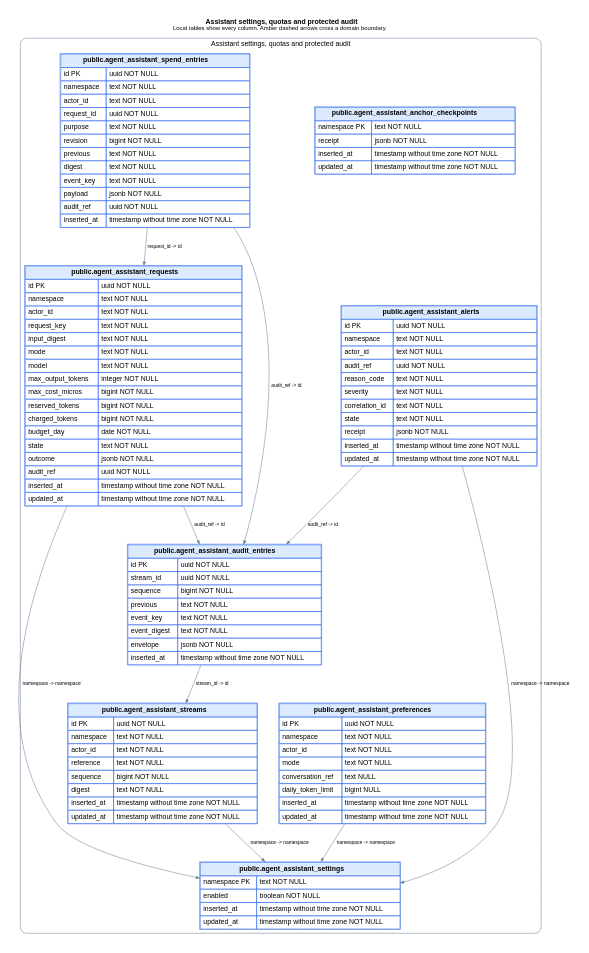
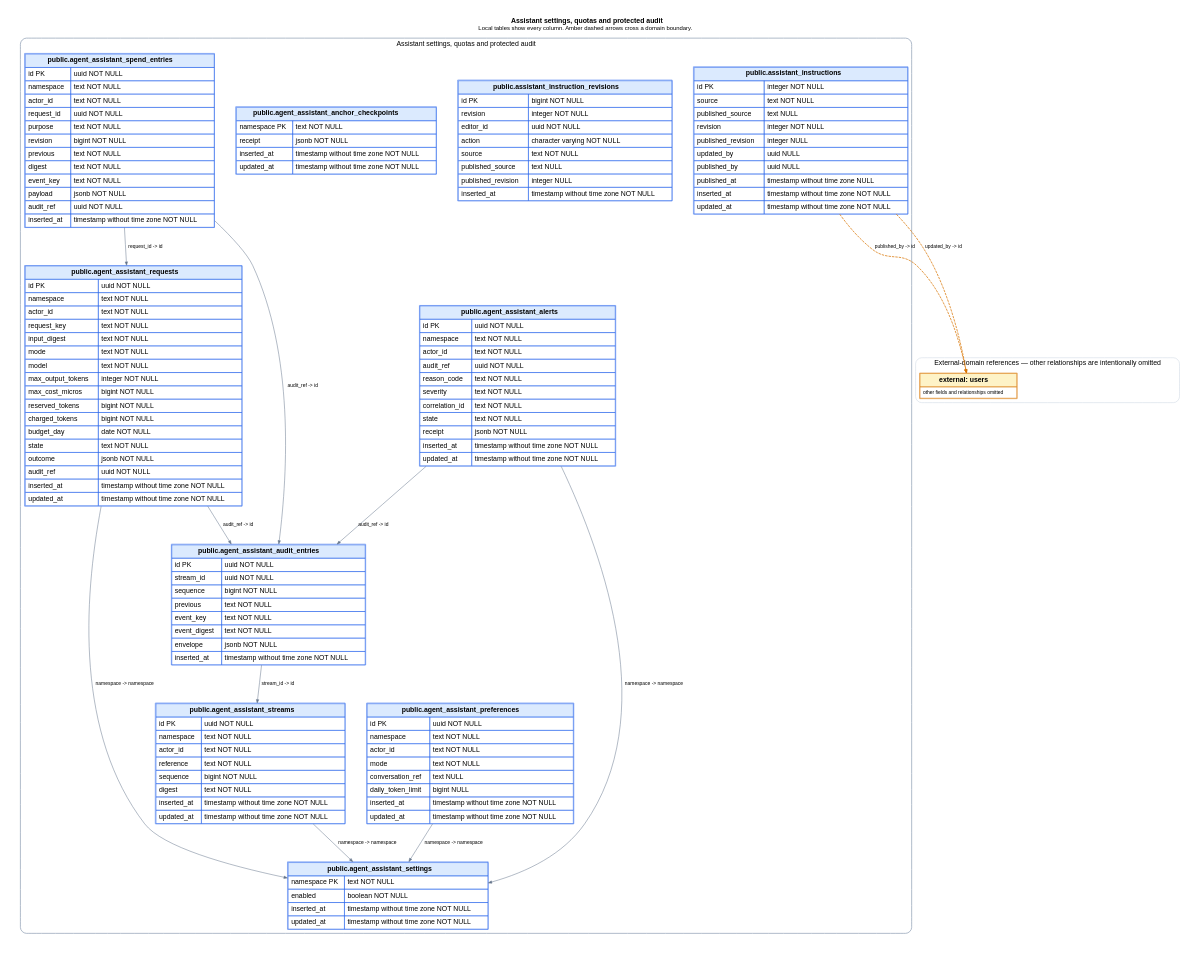
Before and after one commit to ogourment/pauseai.ca-website: the diagram in docs/schema/domains/agent_assistant.dot, drawn with Graphviz. The commit also changed 25 other files, not shown here.

Commit message:
Enforce pilot spending and private revisioned assistant instructions

```diff
--- a/docs/schema/domains/agent_assistant.dot
+++ b/docs/schema/domains/agent_assistant.dot
@@ -1,88 +1,110 @@
 digraph agent_assistant {
   graph [rankdir=TB, bgcolor="white", pad=0.35, nodesep=0.6, ranksep=0.9, fontname="Helvetica"];
   node [shape=plain, fontname="Helvetica"];
   edge [fontname="Helvetica", fontsize=10, arrowsize=0.7];
   labelloc="t";
   label=< <B>Assistant settings, quotas and protected audit</B><BR/><FONT POINT-SIZE="12">Local tables show every column. Amber dashed arrows cross a domain boundary.</FONT> >;
 
   subgraph cluster_local {
     label="Assistant settings, quotas and protected audit";
     color="#94a3b8";
     penwidth=1.5;
     style="rounded";
+  "assistant_instructions" [label=<
+    <TABLE BORDER="1" CELLBORDER="1" CELLSPACING="0" CELLPADDING="5" COLOR="#2563eb">
+      <TR><TD BGCOLOR="#dbeafe" COLSPAN="2"><B>public.assistant_instructions</B></TD></TR>
+      <TR><TD ALIGN="LEFT">id PK</TD><TD ALIGN="LEFT">integer NOT NULL</TD></TR><TR><TD ALIGN="LEFT">source</TD><TD ALIGN="LEFT">text NOT NULL</TD></TR><TR><TD ALIGN="LEFT">published_source</TD><TD ALIGN="LEFT">text NULL</TD></TR><TR><TD ALIGN="LEFT">revision</TD><TD ALIGN="LEFT">integer NOT NULL</TD></TR><TR><TD ALIGN="LEFT">published_revision</TD><TD ALIGN="LEFT">integer NULL</TD></TR><TR><TD ALIGN="LEFT">updated_by</TD><TD ALIGN="LEFT">uuid NULL</TD></TR><TR><TD ALIGN="LEFT">published_by</TD><TD ALIGN="LEFT">uuid NULL</TD></TR><TR><TD ALIGN="LEFT">published_at</TD><TD ALIGN="LEFT">timestamp without time zone NULL</TD></TR><TR><TD ALIGN="LEFT">inserted_at</TD><TD ALIGN="LEFT">timestamp without time zone NOT NULL</TD></TR><TR><TD ALIGN="LEFT">updated_at</TD><TD ALIGN="LEFT">timestamp without time zone NOT NULL</TD></TR>
+    </TABLE>
+  >];
+
+  "assistant_instruction_revisions" [label=<
+    <TABLE BORDER="1" CELLBORDER="1" CELLSPACING="0" CELLPADDING="5" COLOR="#2563eb">
+      <TR><TD BGCOLOR="#dbeafe" COLSPAN="2"><B>public.assistant_instruction_revisions</B></TD></TR>
+      <TR><TD ALIGN="LEFT">id PK</TD><TD ALIGN="LEFT">bigint NOT NULL</TD></TR><TR><TD ALIGN="LEFT">revision</TD><TD ALIGN="LEFT">integer NOT NULL</TD></TR><TR><TD ALIGN="LEFT">editor_id</TD><TD ALIGN="LEFT">uuid NOT NULL</TD></TR><TR><TD ALIGN="LEFT">action</TD><TD ALIGN="LEFT">character varying NOT NULL</TD></TR><TR><TD ALIGN="LEFT">source</TD><TD ALIGN="LEFT">text NOT NULL</TD></TR><TR><TD ALIGN="LEFT">published_source</TD><TD ALIGN="LEFT">text NULL</TD></TR><TR><TD ALIGN="LEFT">published_revision</TD><TD ALIGN="LEFT">integer NULL</TD></TR><TR><TD ALIGN="LEFT">inserted_at</TD><TD ALIGN="LEFT">timestamp without time zone NOT NULL</TD></TR>
+    </TABLE>
+  >];
+
   "agent_assistant_anchor_checkpoints" [label=<
     <TABLE BORDER="1" CELLBORDER="1" CELLSPACING="0" CELLPADDING="5" COLOR="#2563eb">
       <TR><TD BGCOLOR="#dbeafe" COLSPAN="2"><B>public.agent_assistant_anchor_checkpoints</B></TD></TR>
       <TR><TD ALIGN="LEFT">namespace PK</TD><TD ALIGN="LEFT">text NOT NULL</TD></TR><TR><TD ALIGN="LEFT">receipt</TD><TD ALIGN="LEFT">jsonb NOT NULL</TD></TR><TR><TD ALIGN="LEFT">inserted_at</TD><TD ALIGN="LEFT">timestamp without time zone NOT NULL</TD></TR><TR><TD ALIGN="LEFT">updated_at</TD><TD ALIGN="LEFT">timestamp without time zone NOT NULL</TD></TR>
     </TABLE>
   >];
 
   "agent_assistant_alerts" [label=<
     <TABLE BORDER="1" CELLBORDER="1" CELLSPACING="0" CELLPADDING="5" COLOR="#2563eb">
       <TR><TD BGCOLOR="#dbeafe" COLSPAN="2"><B>public.agent_assistant_alerts</B></TD></TR>
       <TR><TD ALIGN="LEFT">id PK</TD><TD ALIGN="LEFT">uuid NOT NULL</TD></TR><TR><TD ALIGN="LEFT">namespace</TD><TD ALIGN="LEFT">text NOT NULL</TD></TR><TR><TD ALIGN="LEFT">actor_id</TD><TD ALIGN="LEFT">text NOT NULL</TD></TR><TR><TD ALIGN="LEFT">audit_ref</TD><TD ALIGN="LEFT">uuid NOT NULL</TD></TR><TR><TD ALIGN="LEFT">reason_code</TD><TD ALIGN="LEFT">text NOT NULL</TD></TR><TR><TD ALIGN="LEFT">severity</TD><TD ALIGN="LEFT">text NOT NULL</TD></TR><TR><TD ALIGN="LEFT">correlation_id</TD><TD ALIGN="LEFT">text NOT NULL</TD></TR><TR><TD ALIGN="LEFT">state</TD><TD ALIGN="LEFT">text NOT NULL</TD></TR><TR><TD ALIGN="LEFT">receipt</TD><TD ALIGN="LEFT">jsonb NOT NULL</TD></TR><TR><TD ALIGN="LEFT">inserted_at</TD><TD ALIGN="LEFT">timestamp without time zone NOT NULL</TD></TR><TR><TD ALIGN="LEFT">updated_at</TD><TD ALIGN="LEFT">timestamp without time zone NOT NULL</TD></TR>
     </TABLE>
   >];
 
   "agent_assistant_audit_entries" [label=<
     <TABLE BORDER="1" CELLBORDER="1" CELLSPACING="0" CELLPADDING="5" COLOR="#2563eb">
       <TR><TD BGCOLOR="#dbeafe" COLSPAN="2"><B>public.agent_assistant_audit_entries</B></TD></TR>
       <TR><TD ALIGN="LEFT">id PK</TD><TD ALIGN="LEFT">uuid NOT NULL</TD></TR><TR><TD ALIGN="LEFT">stream_id</TD><TD ALIGN="LEFT">uuid NOT NULL</TD></TR><TR><TD ALIGN="LEFT">sequence</TD><TD ALIGN="LEFT">bigint NOT NULL</TD></TR><TR><TD ALIGN="LEFT">previous</TD><TD ALIGN="LEFT">text NOT NULL</TD></TR><TR><TD ALIGN="LEFT">event_key</TD><TD ALIGN="LEFT">text NOT NULL</TD></TR><TR><TD ALIGN="LEFT">event_digest</TD><TD ALIGN="LEFT">text NOT NULL</TD></TR><TR><TD ALIGN="LEFT">envelope</TD><TD ALIGN="LEFT">jsonb NOT NULL</TD></TR><TR><TD ALIGN="LEFT">inserted_at</TD><TD ALIGN="LEFT">timestamp without time zone NOT NULL</TD></TR>
     </TABLE>
   >];
 
   "agent_assistant_preferences" [label=<
     <TABLE BORDER="1" CELLBORDER="1" CELLSPACING="0" CELLPADDING="5" COLOR="#2563eb">
       <TR><TD BGCOLOR="#dbeafe" COLSPAN="2"><B>public.agent_assistant_preferences</B></TD></TR>
       <TR><TD ALIGN="LEFT">id PK</TD><TD ALIGN="LEFT">uuid NOT NULL</TD></TR><TR><TD ALIGN="LEFT">namespace</TD><TD ALIGN="LEFT">text NOT NULL</TD></TR><TR><TD ALIGN="LEFT">actor_id</TD><TD ALIGN="LEFT">text NOT NULL</TD></TR><TR><TD ALIGN="LEFT">mode</TD><TD ALIGN="LEFT">text NOT NULL</TD></TR><TR><TD ALIGN="LEFT">conversation_ref</TD><TD ALIGN="LEFT">text NULL</TD></TR><TR><TD ALIGN="LEFT">daily_token_limit</TD><TD ALIGN="LEFT">bigint NULL</TD></TR><TR><TD ALIGN="LEFT">inserted_at</TD><TD ALIGN="LEFT">timestamp without time zone NOT NULL</TD></TR><TR><TD ALIGN="LEFT">updated_at</TD><TD ALIGN="LEFT">timestamp without time zone NOT NULL</TD></TR>
     </TABLE>
   >];
 
   "agent_assistant_requests" [label=<
     <TABLE BORDER="1" CELLBORDER="1" CELLSPACING="0" CELLPADDING="5" COLOR="#2563eb">
       <TR><TD BGCOLOR="#dbeafe" COLSPAN="2"><B>public.agent_assistant_requests</B></TD></TR>
       <TR><TD ALIGN="LEFT">id PK</TD><TD ALIGN="LEFT">uuid NOT NULL</TD></TR><TR><TD ALIGN="LEFT">namespace</TD><TD ALIGN="LEFT">text NOT NULL</TD></TR><TR><TD ALIGN="LEFT">actor_id</TD><TD ALIGN="LEFT">text NOT NULL</TD></TR><TR><TD ALIGN="LEFT">request_key</TD><TD ALIGN="LEFT">text NOT NULL</TD></TR><TR><TD ALIGN="LEFT">input_digest</TD><TD ALIGN="LEFT">text NOT NULL</TD></TR><TR><TD ALIGN="LEFT">mode</TD><TD ALIGN="LEFT">text NOT NULL</TD></TR><TR><TD ALIGN="LEFT">model</TD><TD ALIGN="LEFT">text NOT NULL</TD></TR><TR><TD ALIGN="LEFT">max_output_tokens</TD><TD ALIGN="LEFT">integer NOT NULL</TD></TR><TR><TD ALIGN="LEFT">max_cost_micros</TD><TD ALIGN="LEFT">bigint NOT NULL</TD></TR><TR><TD ALIGN="LEFT">reserved_tokens</TD><TD ALIGN="LEFT">bigint NOT NULL</TD></TR><TR><TD ALIGN="LEFT">charged_tokens</TD><TD ALIGN="LEFT">bigint NOT NULL</TD></TR><TR><TD ALIGN="LEFT">budget_day</TD><TD ALIGN="LEFT">date NOT NULL</TD></TR><TR><TD ALIGN="LEFT">state</TD><TD ALIGN="LEFT">text NOT NULL</TD></TR><TR><TD ALIGN="LEFT">outcome</TD><TD ALIGN="LEFT">jsonb NOT NULL</TD></TR><TR><TD ALIGN="LEFT">audit_ref</TD><TD ALIGN="LEFT">uuid NOT NULL</TD></TR><TR><TD ALIGN="LEFT">inserted_at</TD><TD ALIGN="LEFT">timestamp without time zone NOT NULL</TD></TR><TR><TD ALIGN="LEFT">updated_at</TD><TD ALIGN="LEFT">timestamp without time zone NOT NULL</TD></TR>
     </TABLE>
   >];
 
   "agent_assistant_settings" [label=<
     <TABLE BORDER="1" CELLBORDER="1" CELLSPACING="0" CELLPADDING="5" COLOR="#2563eb">
       <TR><TD BGCOLOR="#dbeafe" COLSPAN="2"><B>public.agent_assistant_settings</B></TD></TR>
       <TR><TD ALIGN="LEFT">namespace PK</TD><TD ALIGN="LEFT">text NOT NULL</TD></TR><TR><TD ALIGN="LEFT">enabled</TD><TD ALIGN="LEFT">boolean NOT NULL</TD></TR><TR><TD ALIGN="LEFT">inserted_at</TD><TD ALIGN="LEFT">timestamp without time zone NOT NULL</TD></TR><TR><TD ALIGN="LEFT">updated_at</TD><TD ALIGN="LEFT">timestamp without time zone NOT NULL</TD></TR>
     </TABLE>
   >];
 
   "agent_assistant_spend_entries" [label=<
     <TABLE BORDER="1" CELLBORDER="1" CELLSPACING="0" CELLPADDING="5" COLOR="#2563eb">
       <TR><TD BGCOLOR="#dbeafe" COLSPAN="2"><B>public.agent_assistant_spend_entries</B></TD></TR>
       <TR><TD ALIGN="LEFT">id PK</TD><TD ALIGN="LEFT">uuid NOT NULL</TD></TR><TR><TD ALIGN="LEFT">namespace</TD><TD ALIGN="LEFT">text NOT NULL</TD></TR><TR><TD ALIGN="LEFT">actor_id</TD><TD ALIGN="LEFT">text NOT NULL</TD></TR><TR><TD ALIGN="LEFT">request_id</TD><TD ALIGN="LEFT">uuid NOT NULL</TD></TR><TR><TD ALIGN="LEFT">purpose</TD><TD ALIGN="LEFT">text NOT NULL</TD></TR><TR><TD ALIGN="LEFT">revision</TD><TD ALIGN="LEFT">bigint NOT NULL</TD></TR><TR><TD ALIGN="LEFT">previous</TD><TD ALIGN="LEFT">text NOT NULL</TD></TR><TR><TD ALIGN="LEFT">digest</TD><TD ALIGN="LEFT">text NOT NULL</TD></TR><TR><TD ALIGN="LEFT">event_key</TD><TD ALIGN="LEFT">text NOT NULL</TD></TR><TR><TD ALIGN="LEFT">payload</TD><TD ALIGN="LEFT">jsonb NOT NULL</TD></TR><TR><TD ALIGN="LEFT">audit_ref</TD><TD ALIGN="LEFT">uuid NOT NULL</TD></TR><TR><TD ALIGN="LEFT">inserted_at</TD><TD ALIGN="LEFT">timestamp without time zone NOT NULL</TD></TR>
     </TABLE>
   >];
 
   "agent_assistant_streams" [label=<
     <TABLE BORDER="1" CELLBORDER="1" CELLSPACING="0" CELLPADDING="5" COLOR="#2563eb">
       <TR><TD BGCOLOR="#dbeafe" COLSPAN="2"><B>public.agent_assistant_streams</B></TD></TR>
       <TR><TD ALIGN="LEFT">id PK</TD><TD ALIGN="LEFT">uuid NOT NULL</TD></TR><TR><TD ALIGN="LEFT">namespace</TD><TD ALIGN="LEFT">text NOT NULL</TD></TR><TR><TD ALIGN="LEFT">actor_id</TD><TD ALIGN="LEFT">text NOT NULL</TD></TR><TR><TD ALIGN="LEFT">reference</TD><TD ALIGN="LEFT">text NOT NULL</TD></TR><TR><TD ALIGN="LEFT">sequence</TD><TD ALIGN="LEFT">bigint NOT NULL</TD></TR><TR><TD ALIGN="LEFT">digest</TD><TD ALIGN="LEFT">text NOT NULL</TD></TR><TR><TD ALIGN="LEFT">inserted_at</TD><TD ALIGN="LEFT">timestamp without time zone NOT NULL</TD></TR><TR><TD ALIGN="LEFT">updated_at</TD><TD ALIGN="LEFT">timestamp without time zone NOT NULL</TD></TR>
     </TABLE>
   >];
 
   }
 
   subgraph cluster_external {
     label="External-domain references — other relationships are intentionally omitted";
     color="#cbd5e1";
     penwidth=1;
     style="rounded";
+  "users" [label=<
+    <TABLE BORDER="1" CELLBORDER="1" CELLSPACING="0" CELLPADDING="5" COLOR="#d97706">
+      <TR><TD BGCOLOR="#fef3c7"><B>external: users</B></TD></TR>
+      <TR><TD><FONT POINT-SIZE="10">other fields and relationships omitted</FONT></TD></TR>
+    </TABLE>
+  >];
 
   }
 
   "agent_assistant_alerts" -> "agent_assistant_audit_entries" [label="audit_ref -> id", color="#64748b"];
   "agent_assistant_alerts" -> "agent_assistant_settings" [label="namespace -> namespace", color="#64748b"];
   "agent_assistant_audit_entries" -> "agent_assistant_streams" [label="stream_id -> id", color="#64748b"];
   "agent_assistant_preferences" -> "agent_assistant_settings" [label="namespace -> namespace", color="#64748b"];
   "agent_assistant_requests" -> "agent_assistant_audit_entries" [label="audit_ref -> id", color="#64748b"];
   "agent_assistant_requests" -> "agent_assistant_settings" [label="namespace -> namespace", color="#64748b"];
   "agent_assistant_spend_entries" -> "agent_assistant_audit_entries" [label="audit_ref -> id", color="#64748b"];
   "agent_assistant_spend_entries" -> "agent_assistant_requests" [label="request_id -> id", color="#64748b"];
   "agent_assistant_streams" -> "agent_assistant_settings" [label="namespace -> namespace", color="#64748b"];
+  "assistant_instructions" -> "users" [label="published_by -> id", color="#d97706", style="dashed", penwidth=1.5];
+  "assistant_instructions" -> "users" [label="updated_by -> id", color="#d97706", style="dashed", penwidth=1.5];
 }
```
